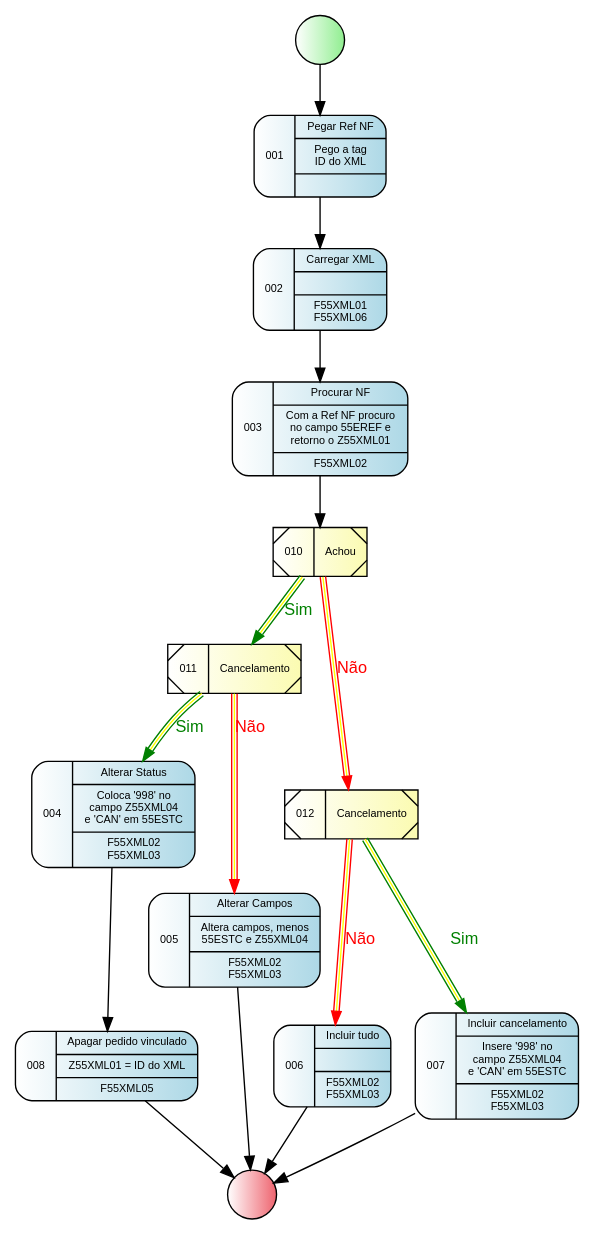
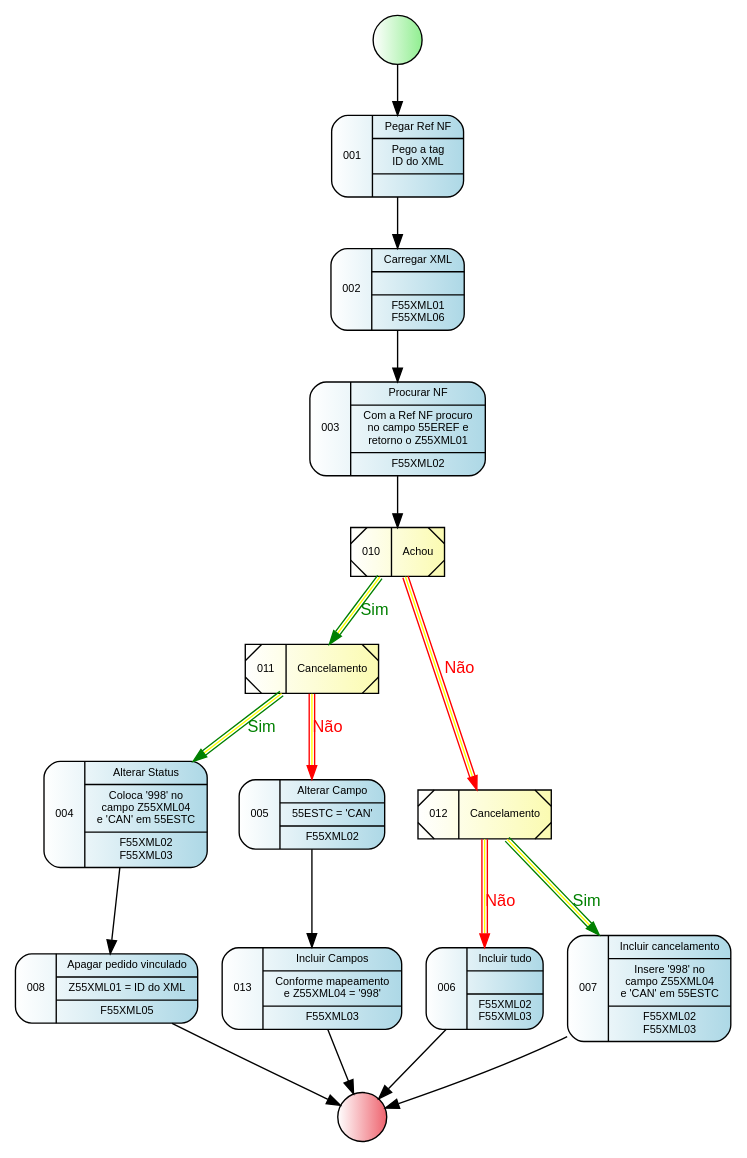
Before and after one commit to GiovaniPM/Graphs: the diagram in XML Process.gv, drawn with Graphviz.

Commit message:
Giovani_Mesquita(RBST10164) 200302173749

```diff
--- a/XML Process.gv
+++ b/XML Process.gv
@@ -1,117 +1,126 @@
 digraph R {
     nodeini [
                 shape=circle,
                 style="filled",
                 fillcolor="white:lightgreen",
                 label=""
             ]
     node001 [
                 fontname = "Arial",
                 fontsize = 8,
                 shape=record,
                 style="rounded,filled",
                 fillcolor="white:lightblue"
                 label="001|{Pegar Ref NF|Pego a tag\n ID do XML|}"
             ]
     node002 [
                 fontname = "Arial",
                 fontsize = 8,
                 shape=record,
                 style="rounded,filled",
                 fillcolor="white:lightblue"
                 label="002|{Carregar XML||F55XML01\nF55XML06}"
             ]
     node003 [
                 fontname = "Arial",
                 fontsize = 8,
                 shape=record,
                 style="rounded,filled",
                 fillcolor="white:lightblue"
                 label="003|{Procurar NF|Com a Ref NF procuro\nno campo 55EREF e\nretorno o Z55XML01|F55XML02}"
             ]
     node004 [
                 fontname = "Arial",
                 fontsize = 8,
                 shape=record,
                 style="rounded,filled",
                 fillcolor="white:lightblue"
                 label="004|{Alterar Status|Coloca '998' no\ncampo Z55XML04\ne 'CAN' em 55ESTC|F55XML02\nF55XML03}"
             ]
     node005 [
                 fontname = "Arial",
                 fontsize = 8,
                 shape=record,
                 style="rounded,filled",
                 fillcolor="white:lightblue"
-                label="005|{Alterar Campos|Altera campos, menos\n55ESTC e Z55XML04|F55XML02\nF55XML03}"
+                label="005|{Alterar Campo|55ESTC = 'CAN'|F55XML02}"
             ]
     node006 [
                 fontname = "Arial",
                 fontsize = 8,
                 shape=record,
                 style="rounded,filled",
                 fillcolor="white:lightblue"
                 label="006|{Incluir tudo||F55XML02\nF55XML03}"
             ]
     node007 [
                 fontname = "Arial",
                 fontsize = 8,
                 shape=record,
                 style="rounded,filled",
                 fillcolor="white:lightblue"
                 label="007|{Incluir cancelamento|Insere '998' no\ncampo Z55XML04\ne 'CAN' em 55ESTC|F55XML02\nF55XML03}"
             ]
     node008 [
                 fontname = "Arial",
                 fontsize = 8,
                 shape=record,
                 style="rounded,filled",
                 fillcolor="white:lightblue"
                 label="008|{Apagar pedido vinculado|Z55XML01 = ID do XML|F55XML05}"
             ]
     node010 [
                 fontname = "Arial",
                 fontsize = 8,
                 shape=record,
                 style="diagonals,filled",
                 fillcolor="white:#fbfbb1"
                 label="010|Achou"
             ]
     node011 [
                 fontname = "Arial",
                 fontsize = 8,
                 shape=record,
                 style="diagonals,filled",
                 fillcolor="white:#fbfbb1"
                 label="011|Cancelamento"
             ]
     node012 [
                 fontname = "Arial",
                 fontsize = 8,
                 shape=record,
                 style="diagonals,filled",
                 fillcolor="white:#fbfbb1"
                 label="012|Cancelamento"
             ]
+    node013 [
+                fontname = "Arial",
+                fontsize = 8,
+                shape=record,
+                style="rounded,filled",
+                fillcolor="white:lightblue"
+                label="013|{Incluir Campos|Conforme mapeamento\ne Z55XML04 = '998'|F55XML03}"
+            ]
     nodefin [
                 shape=circle,
                 style="filled",
                 fillcolor="white:#ee636e",
                 label=""
             ]
     nodeini -> node001
     node001 -> node002
     node002 -> node003
     node003 -> node010
     node010 -> node011 [fontname = "Arial", fontsize = 12, fontcolor="green", color="green:yellow:green", label="Sim"]
     node010 -> node012 [fontname = "Arial", fontsize = 12, fontcolor="red", color="red:yellow:red", label="Não"]
     node011 -> node004 [fontname = "Arial", fontsize = 12, fontcolor="green", color="green:yellow:green", label="Sim"]
     node011 -> node005 [fontname = "Arial", fontsize = 12, fontcolor="red", color="red:yellow:red", label="Não"]
     node004 -> node008
     node012 -> node007 [fontname = "Arial", fontsize = 12, fontcolor="green", color="green:yellow:green", label="Sim"]
     node012 -> node006 [fontname = "Arial", fontsize = 12, fontcolor="red", color="red:yellow:red", label="Não"]
     node008 -> nodefin
     node006 -> nodefin
-    node005 -> nodefin
+    node005 -> node013
+    node013 -> nodefin
     node007 -> nodefin
 }
```
